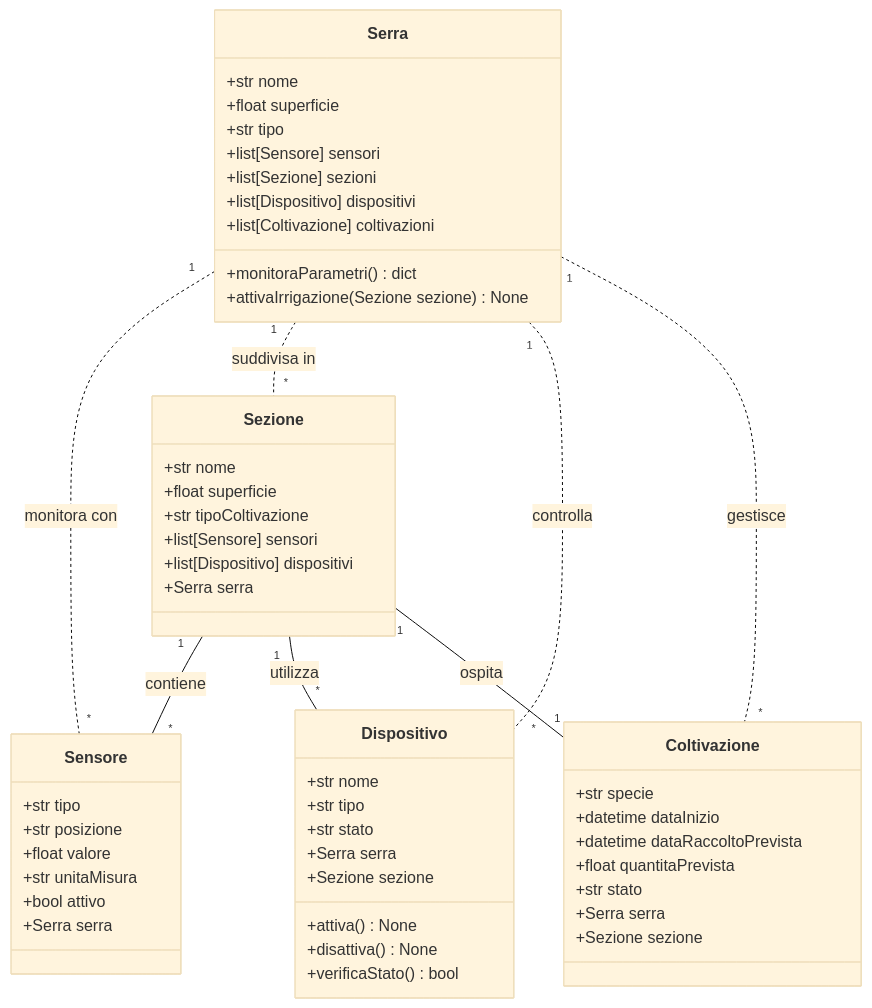
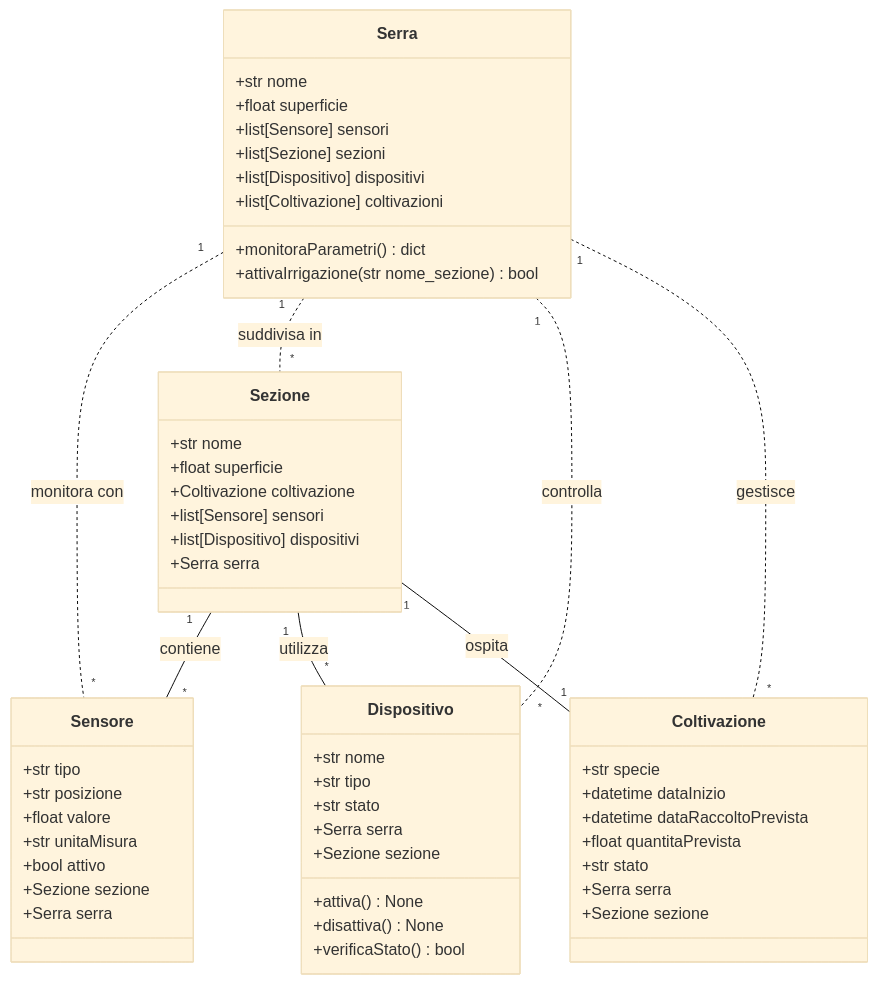
Before and after one commit to angelogalantiscuola/2425_4M: the diagram in src/e28.md, drawn with Mermaid (base theme). The commit also changed 1 other file, not shown here.

Commit message:
Refactor documentation for automated greenhouse management system; improve clarity and update method signatures in class diagrams

````diff
--- a/src/e28.md
+++ b/src/e28.md
@@ -1,62 +1,62 @@
 ```mermaid
 classDiagram
     class Serra {
         +str nome
         +float superficie
-        +str tipo
         +list[Sensore] sensori
         +list[Sezione] sezioni
         +list[Dispositivo] dispositivi
         +list[Coltivazione] coltivazioni
         +monitoraParametri() dict
-        +attivaIrrigazione(Sezione sezione) None
+        +attivaIrrigazione(str nome_sezione) bool
     }
 
     class Sensore {
         +str tipo
         +str posizione
         +float valore
         +str unitaMisura
         +bool attivo
+        +Sezione sezione
         +Serra serra
     }
 
     class Sezione {
         +str nome
         +float superficie
-        +str tipoColtivazione
+        +Coltivazione coltivazione
         +list[Sensore] sensori
         +list[Dispositivo] dispositivi
         +Serra serra
     }
 
     class Dispositivo {
         +str nome
         +str tipo
         +str stato
         +Serra serra
         +Sezione sezione
         +attiva() None
         +disattiva() None
         +verificaStato() bool
     }
 
     class Coltivazione {
         +str specie
         +datetime dataInizio
         +datetime dataRaccoltoPrevista
         +float quantitaPrevista
         +str stato
         +Serra serra
         +Sezione sezione
     }
 
 
     Serra "1" .. "*" Sensore : monitora con
     Serra "1" .. "*" Sezione : suddivisa in
     Serra "1" .. "*" Dispositivo : controlla
     Serra "1" .. "*" Coltivazione : gestisce
     Sezione "1" -- "*" Sensore : contiene
     Sezione "1" -- "*" Dispositivo : utilizza
     Sezione "1" -- "1" Coltivazione : ospita
 ```
````
